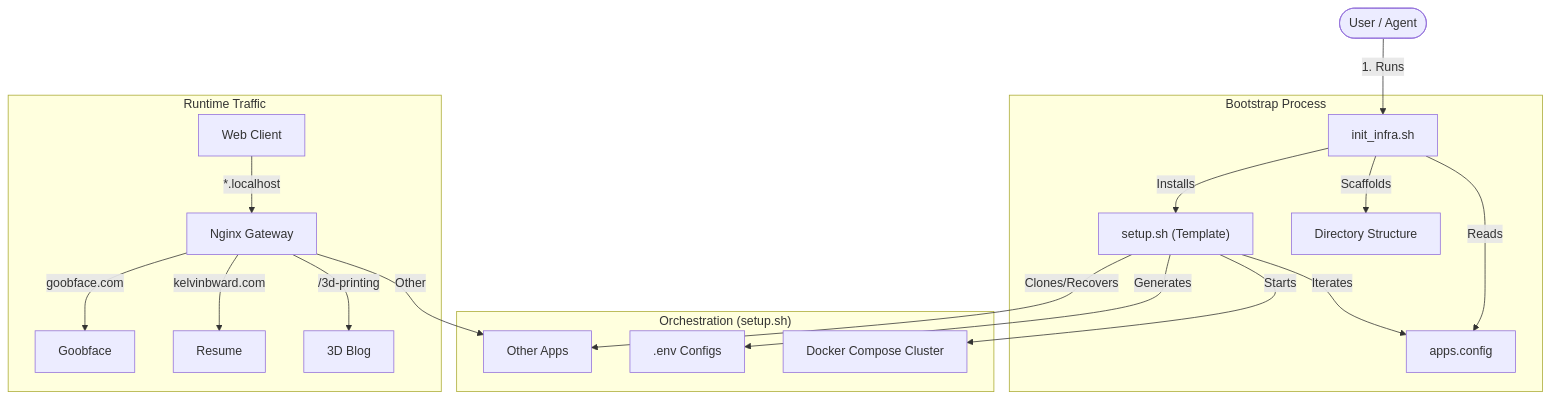
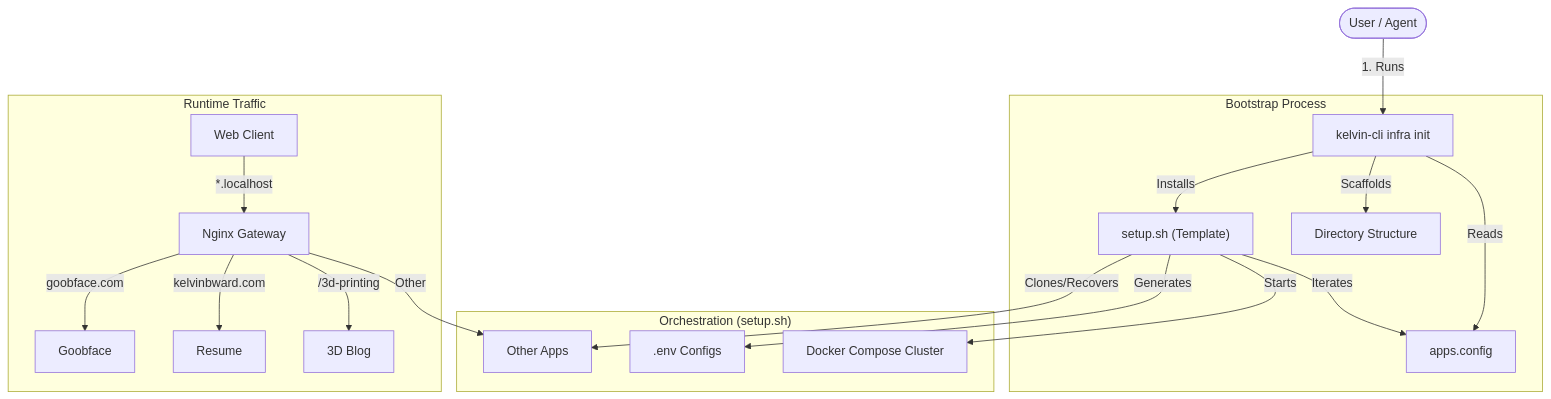
One commit to kelvinbward/kelvinbward changed the diagram in README.md. Above: the diagram before and after it, drawn with Mermaid. The commit also changed other lines of this file and 8 other files, not shown here.

````diff
--- a/README.md
+++ b/README.md
@@ -19,25 +19,25 @@
 ```mermaid
 graph TD
-    User(["User / Agent"]) -->|1. Runs| INIT[init_infra.sh]
+    User(["User / Agent"]) -->|1. Runs| INIT["kelvin-cli infra init"]
     
     subgraph "Bootstrap Process"
         INIT -->|Reads| REG[apps.config]
         INIT -->|Installs| SETUP["setup.sh (Template)"]
         INIT -->|Scaffolds| DIRS[Directory Structure]
     end
     
     subgraph "Orchestration (setup.sh)"
         SETUP -->|Iterates| REG
         SETUP -->|Clones/Recovers| APPS["Public Repos (Modules)"]
         SETUP -->|Generates| ENV[".env Configs"]
         SETUP -->|Starts| DOCKER[Docker Compose Cluster]
     end
     
     subgraph "Runtime Traffic"
         WEB[Web Client] -->|*.localhost| NPM[Nginx Gateway]
         NPM -->|goobface.com| GOOB[Goobface]
         NPM -->|kelvinbward.com| RES[Resume]
         NPM -->|/3d-printing| BLOG[3D Blog]
         NPM -->|Other| APPS[Other Apps]
     end
 ```
````
